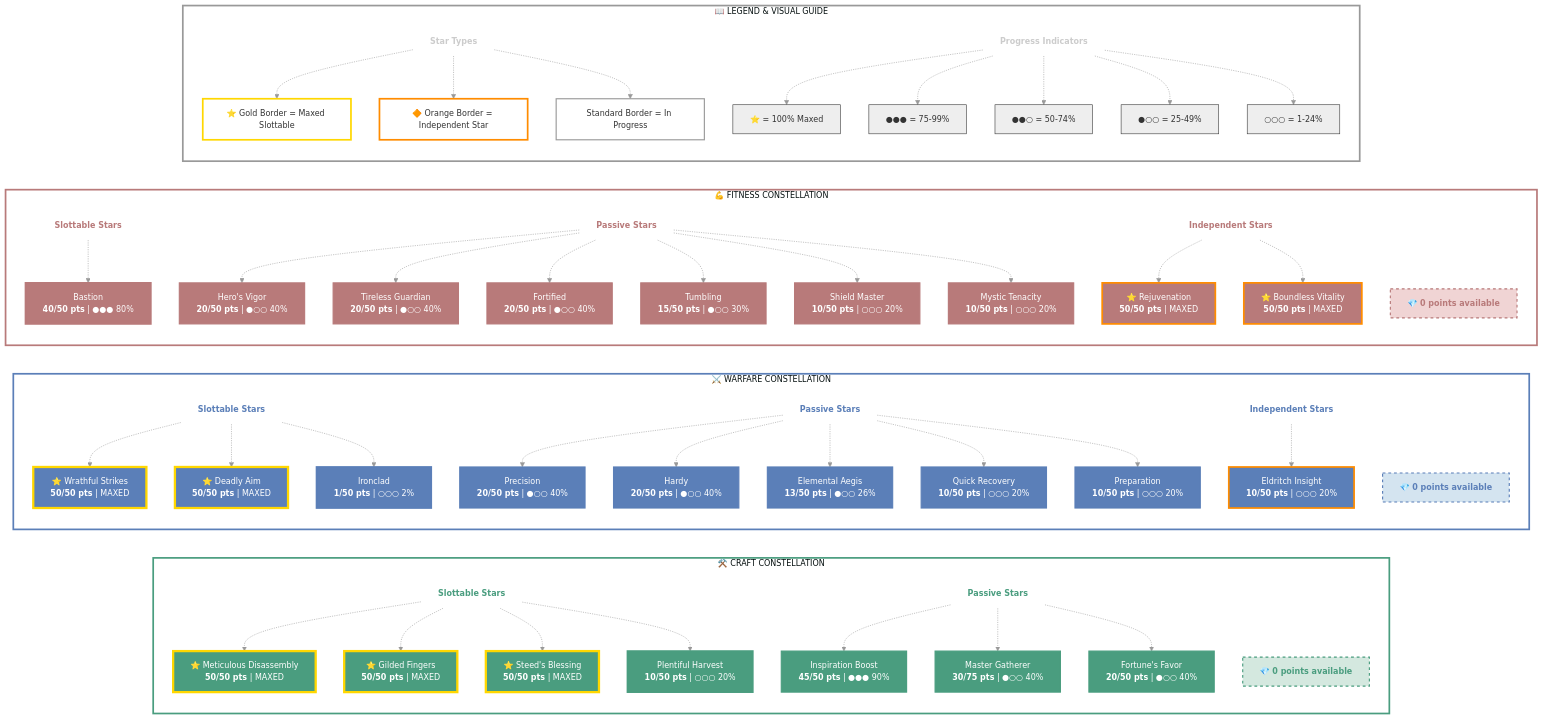
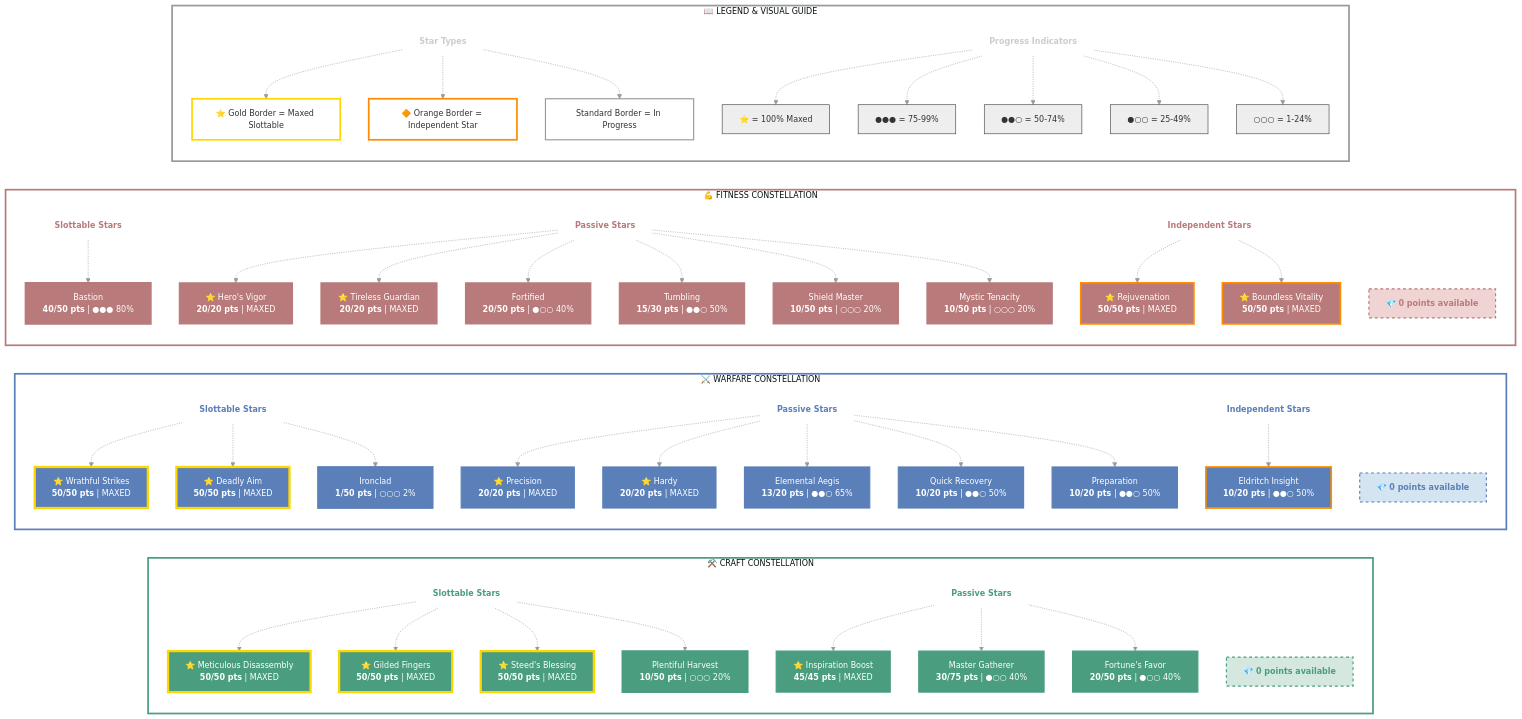
Before and after one commit to solaegis/CharacterMarkdown: the diagram in examples/masisi.md, drawn with Mermaid. The commit also changed other lines of this file and 3 other files, not shown here.

Commit message:
fix: Correctly display unassigned Champion Points per discipline and fix Mermaid diagram syntax

````diff
--- a/examples/masisi.md
+++ b/examples/masisi.md
@@ -356,13 +356,13 @@
 ```mermaid
-%%{init: {'theme':'base', 'themeVariables': { 'background':'transparent','fontSize':'14px','primaryColor':'#e8f4f0','primaryTextColor':'#000','primaryBorderColor':'#4a9d7f','lineColor':'#999','secondaryColor':'#f0f4f8','tertiaryColor':'#faf0f0'}}}%%
+%%{init: {"theme":"base", "themeVariables": { "background":"transparent","fontSize":"14px","primaryColor":"#e8f4f0","primaryTextColor":"#000","primaryBorderColor":"#4a9d7f","lineColor":"#999","secondaryColor":"#f0f4f8","tertiaryColor":"#faf0f0"}}}%%
 
 graph LR
-  %%%% Champion Point Investment Visualization
-  %%%% Enhanced readability with clear visual hierarchy
+  %% Champion Point Investment Visualization
+  %% Enhanced readability with clear visual hierarchy
 
-  %%%% ========================================
+  %% ========================================
   %% ⚒️ CRAFT CONSTELLATION (255/564 pts)
-  %%%% ========================================
+  %% ========================================
 
   subgraph CRAFT ["⚒️ CRAFT CONSTELLATION"]
     direction TB
@@ -374,14 +374,14 @@
     C_C4["Plentiful Harvest<br/><b>10/50 pts</b> | ○○○ 20%"]
 
     CRAFT_PASS["<b>Passive Stars</b>"]
-    C_C1["Inspiration Boost<br/><b>45/50 pts</b> | ●●● 90%"]
+    C_C1["⭐ Inspiration Boost<br/><b>45/45 pts</b> | MAXED"]
     C_C3["Master Gatherer<br/><b>30/75 pts</b> | ●○○ 40%"]
-    C_Fortune's_Favor["Fortune's Favor<br/><b>20/50 pts</b> | ●○○ 40%"]
+    C_Fortune_s_Favor["Fortune's Favor<br/><b>20/50 pts</b> | ●○○ 40%"]
 
     CRAFT_AVAIL["💎 <b>0 points available</b>"]
 
     CRAFT_TITLE -.-> C_C2 & C_R1 & C_IND1 & C_C4
-    CRAFT_PASS -.-> C_C1 & C_C3 & C_Fortune's_Favor
+    CRAFT_PASS -.-> C_C1 & C_C3 & C_Fortune_s_Favor
 
     style CRAFT_TITLE fill:transparent,stroke:none,color:#4a9d7f
     style CRAFT_PASS fill:transparent,stroke:none,color:#4a9d7f
@@ -391,15 +391,15 @@
     style C_C4 fill:#4a9d7f,stroke:#4a9d7f,stroke-width:3px,color:#fff
     style C_C1 fill:#4a9d7f,stroke:#4a9d7f,stroke-width:2px,color:#fff
     style C_C3 fill:#4a9d7f,stroke:#4a9d7f,stroke-width:2px,color:#fff
-    style C_Fortune's_Favor fill:#4a9d7f,stroke:#4a9d7f,stroke-width:2px,color:#fff
+    style C_Fortune_s_Favor fill:#4a9d7f,stroke:#4a9d7f,stroke-width:2px,color:#fff
     style CRAFT_AVAIL fill:#d4e8df,stroke:#4a9d7f,stroke-width:2px,stroke-dasharray:5 5,color:#4a9d7f
 
   end
   style CRAFT fill:transparent,stroke:#4a9d7f,stroke-width:3px
 
-  %%%% ========================================
+  %% ========================================
   %% ⚔️ WARFARE CONSTELLATION (204/564 pts)
-  %%%% ========================================
+  %% ========================================
 
   subgraph WARFARE ["⚔️ WARFARE CONSTELLATION"]
     direction TB
@@ -410,14 +410,14 @@
     W_C2["Ironclad<br/><b>1/50 pts</b> | ○○○ 2%"]
 
     WARFARE_PASS["<b>Passive Stars</b>"]
-    W_R1["Precision<br/><b>20/50 pts</b> | ●○○ 40%"]
-    W_C3["Hardy<br/><b>20/50 pts</b> | ●○○ 40%"]
-    W_C4["Elemental Aegis<br/><b>13/50 pts</b> | ●○○ 26%"]
-    W_L3["Quick Recovery<br/><b>10/50 pts</b> | ○○○ 20%"]
-    W_Preparation["Preparation<br/><b>10/50 pts</b> | ○○○ 20%"]
+    W_R1["⭐ Precision<br/><b>20/20 pts</b> | MAXED"]
+    W_C3["⭐ Hardy<br/><b>20/20 pts</b> | MAXED"]
+    W_C4["Elemental Aegis<br/><b>13/20 pts</b> | ●●○ 65%"]
+    W_L3["Quick Recovery<br/><b>10/20 pts</b> | ●●○ 50%"]
+    W_Preparation["Preparation<br/><b>10/20 pts</b> | ●●○ 50%"]
 
     WARFARE_BASE["<b>Independent Stars</b>"]
-    W_BASE1["Eldritch Insight<br/><b>10/50 pts</b> | ○○○ 20%"]
+    W_BASE1["Eldritch Insight<br/><b>10/20 pts</b> | ●●○ 50%"]
 
     WARFARE_AVAIL["💎 <b>0 points available</b>"]
 
@@ -442,9 +442,9 @@
   end
   style WARFARE fill:transparent,stroke:#5b7fb8,stroke-width:3px
 
-  %%%% ========================================
+  %% ========================================
   %% 💪 FITNESS CONSTELLATION (235/564 pts)
-  %%%% ========================================
+  %% ========================================
 
   subgraph FITNESS ["💪 FITNESS CONSTELLATION"]
     direction TB
@@ -453,10 +453,10 @@
     SD1["Bastion<br/><b>40/50 pts</b> | ●●● 80%"]
 
     FITNESS_PASS["<b>Passive Stars</b>"]
-    F_L3["Hero's Vigor<br/><b>20/50 pts</b> | ●○○ 40%"]
-    F_Tireless_Guardian["Tireless Guardian<br/><b>20/50 pts</b> | ●○○ 40%"]
+    F_L3["⭐ Hero's Vigor<br/><b>20/20 pts</b> | MAXED"]
+    F_Tireless_Guardian["⭐ Tireless Guardian<br/><b>20/20 pts</b> | MAXED"]
     SD4["Fortified<br/><b>20/50 pts</b> | ●○○ 40%"]
-    F_L1["Tumbling<br/><b>15/50 pts</b> | ●○○ 30%"]
+    F_L1["Tumbling<br/><b>15/30 pts</b> | ●●○ 50%"]
     F_Shield_Master["Shield Master<br/><b>10/50 pts</b> | ○○○ 20%"]
     F_C1["Mystic Tenacity<br/><b>10/50 pts</b> | ○○○ 20%"]
 
@@ -487,9 +487,9 @@
   end
   style FITNESS fill:transparent,stroke:#b87a7a,stroke-width:3px
 
-  %%%% ========================================
-  %%%% LEGEND
-  %%%% ========================================
+  %% ========================================
+  %% LEGEND
+  %% ========================================
 
   subgraph LEGEND ["📖 LEGEND & VISUAL GUIDE"]
     direction TB
````
